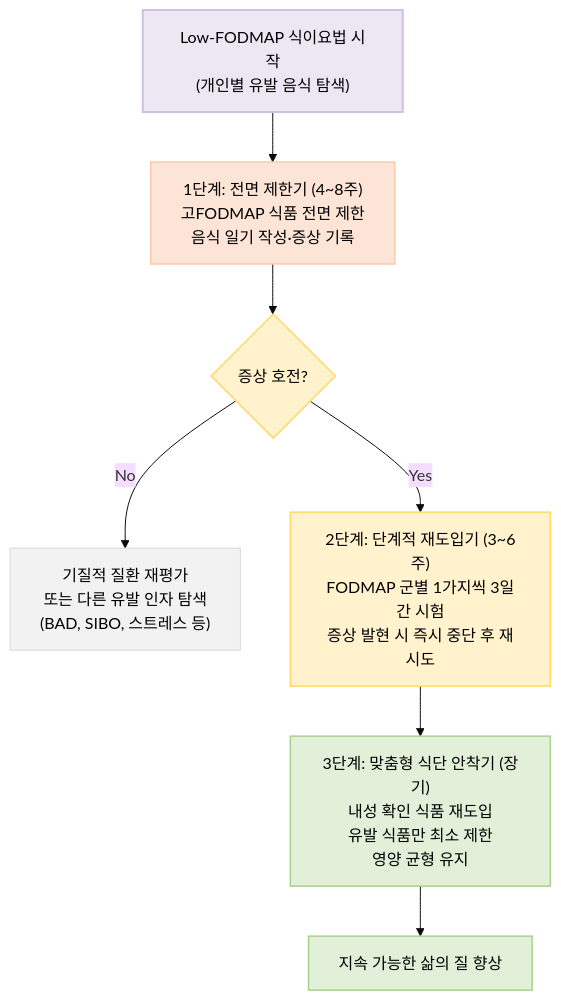
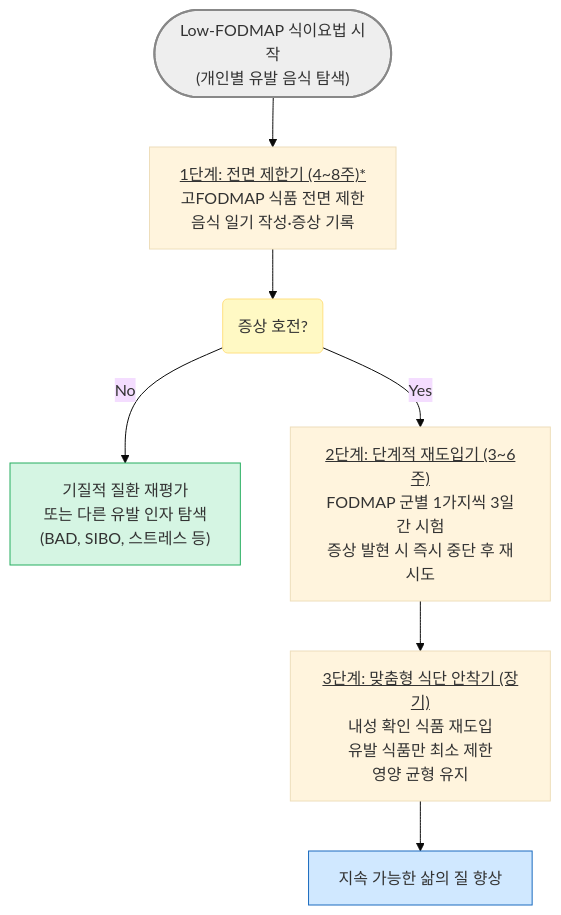
Before and after one commit to familyoh77/familyoh77: the second of 2 diagrams in 224_/087_-irritable-bowel-syndrome.md, drawn with Mermaid (base theme). The commit also changed other lines of this file, not shown here.

````diff
--- a/224_/087_-irritable-bowel-syndrome.md
+++ b/224_/087_-irritable-bowel-syndrome.md
@@ -235,31 +228,24 @@
 ```mermaid
 graph TD
-    classDef default fill:#fff,stroke:#333,stroke-width:1px,color:#000;
-    classDef top fill:#ECE7F2,stroke:#D0C1E3,stroke-width:2px;
-    classDef phase1 fill:#FCE4D6,stroke:#F8CBAD,stroke-width:1.5px;
-    classDef phase2 fill:#FFF2CC,stroke:#FFD966,stroke-width:1.5px;
-    classDef phase3 fill:#E2F0D9,stroke:#A9D18E,stroke-width:1.5px;
-    classDef note fill:#F2F2F2,stroke:#D9D9D9;
-
-    Start["Low-FODMAP 식이요법 시작<br>(개인별 유발 음식 탐색)"]
-    P1["1단계: 전면 제한기 (4~8주)<br>고FODMAP 식품 전면 제한<br>음식 일기 작성·증상 기록"]
-    Cond1{"증상 호전?"}
+    Start(["Low-FODMAP 식이요법 시작<br>(개인별 유발 음식 탐색)"])
+    P1["<u>1단계: 전면 제한기 (4~8주)*</u><br>고FODMAP 식품 전면 제한<br>음식 일기 작성·증상 기록"]
+    Cond1("증상 호전?")
     P1_Fail["기질적 질환 재평가<br>또는 다른 유발 인자 탐색<br>(BAD, SIBO, 스트레스 등)"]
-    P2["2단계: 단계적 재도입기 (3~6주)<br>FODMAP 군별 1가지씩 3일간 시험<br>증상 발현 시 즉시 중단 후 재시도"]
-    P3["3단계: 맞춤형 식단 안착기 (장기)<br>내성 확인 식품 재도입<br>유발 식품만 최소 제한<br>영양 균형 유지"]
+    P2["<u>2단계: 단계적 재도입기 (3~6주)</u><br>FODMAP 군별 1가지씩 3일간 시험<br>증상 발현 시 즉시 중단 후 재시도"]
+    P3["<u>3단계: 맞춤형 식단 안착기 (장기)</u><br>내성 확인 식품 재도입<br>유발 식품만 최소 제한<br>영양 균형 유지"]
     End2["지속 가능한 삶의 질 향상"]
 
     Start --> P1
     P1 --> Cond1
     Cond1 -- "No" --> P1_Fail
     Cond1 -- "Yes" --> P2
     P2 --> P3
     P3 --> End2
 
-    class Start top
-    class P1 phase1
-    class Cond1 phase2
-    class P1_Fail note
-    class P2 phase2
-    class P3,End2 phase3
+style Start fill:#eeeeee,stroke:#888888,stroke-width:2px
+classDef yellow fill:#fff9c4,stroke:#ffe082
+class Cond1 yellow
+classDef blue fill:#d0e8ff,stroke:#1a6abf
+class End2 blue
+style P1_Fail fill:#d5f5e3,stroke:#27ae60
 ```
````
